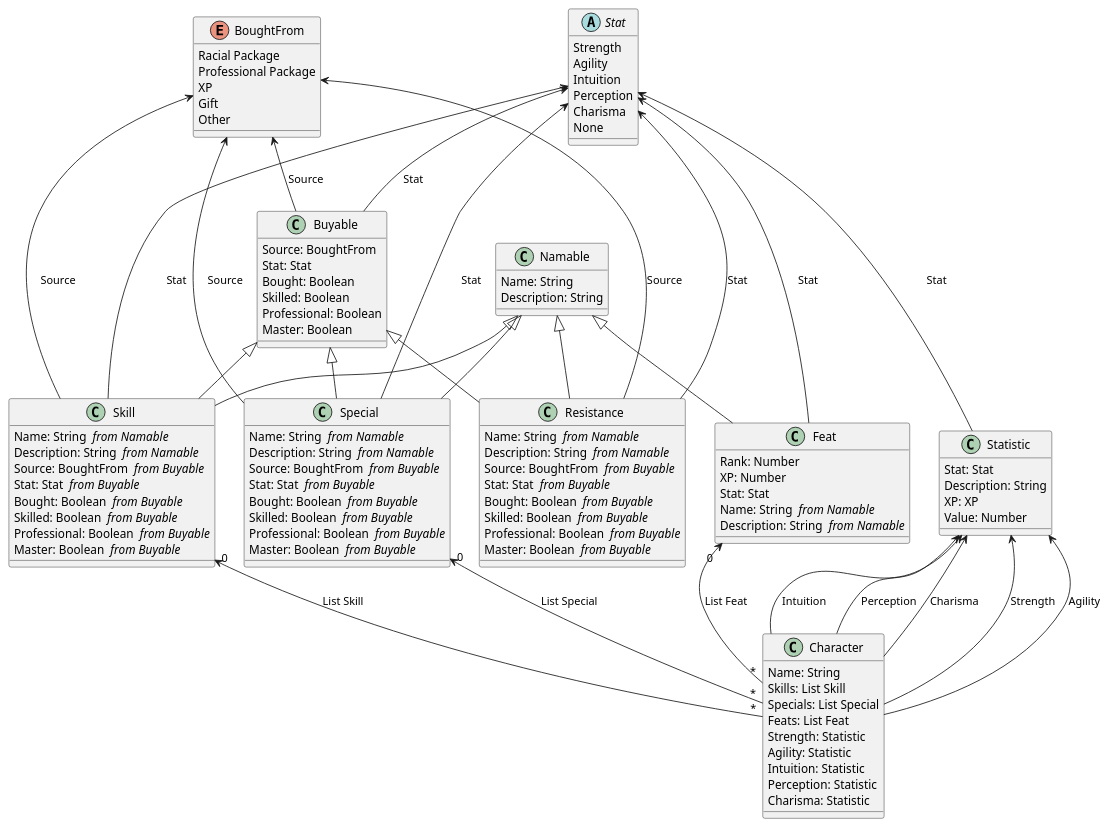
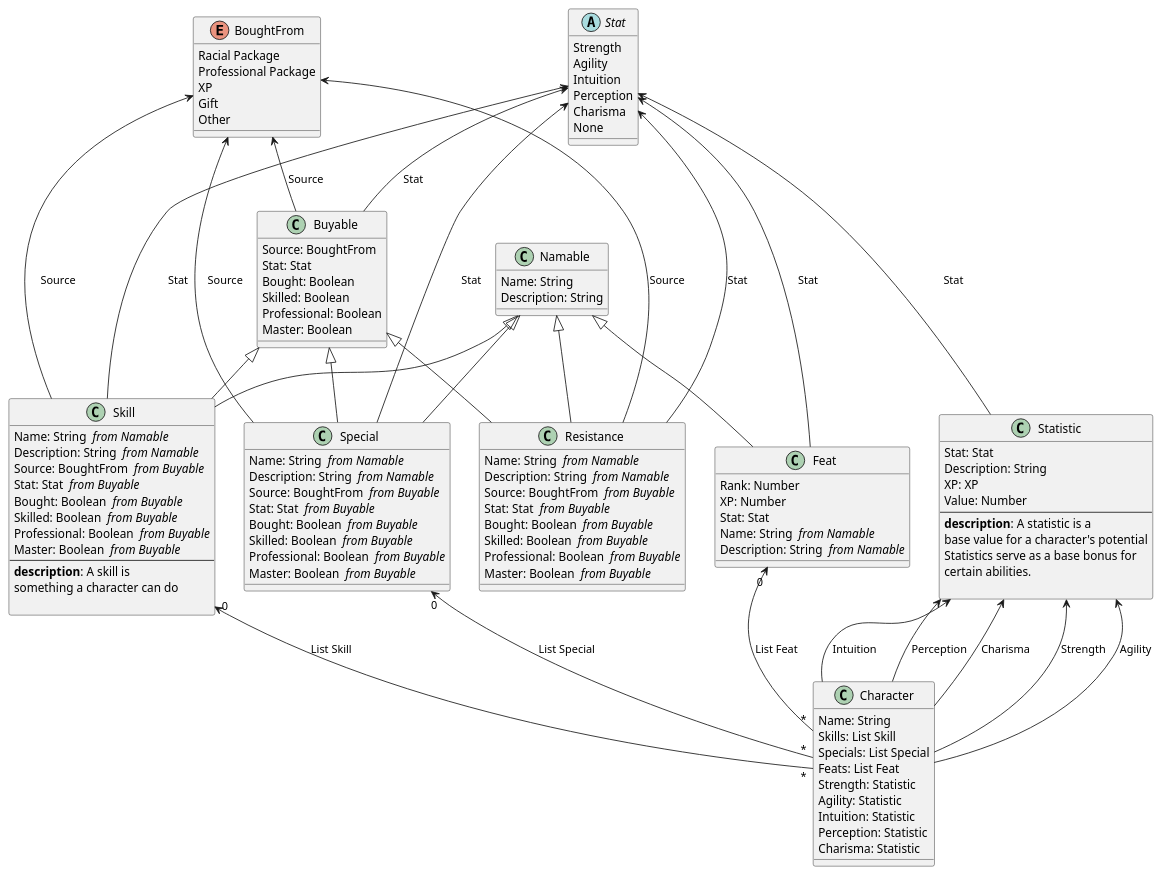
One commit to Baudin999/car-lang changed the diagram in Examples/.out/v0.0.1/Aria/Aria.puml. Above: the diagram before and after it, drawn with PlantUML. The commit also changed 30 other files, not shown here.

```diff
--- a/Examples/.out/v0.0.1/Aria/Aria.puml
+++ b/Examples/.out/v0.0.1/Aria/Aria.puml
@@ -1,106 +1,116 @@
 enum BoughtFrom {
 	Racial Package
 	Professional Package
 	XP
 	Gift
 	Other
 }
 abstract "Stat" as Stat {
 	Strength 
 	Agility 
 	Intuition 
 	Perception 
 	Charisma 
 	None 
 }
 class "Namable" as Namable  {
 	Name: String 
 	Description: String 
 }
 class "Buyable" as Buyable  {
 	Source: BoughtFrom 
 	Stat: Stat 
 	Bought: Boolean 
 	Skilled: Boolean 
 	Professional: Boolean 
 	Master: Boolean 
 }
 BoughtFrom <-- Buyable : Source
 Stat <-- Buyable : Stat
 class "Skill " as Skill  {
 	Name: String  <i>from Namable</i>
 	Description: String  <i>from Namable</i>
 	Source: BoughtFrom  <i>from Buyable</i>
 	Stat: Stat  <i>from Buyable</i>
 	Bought: Boolean  <i>from Buyable</i>
 	Skilled: Boolean  <i>from Buyable</i>
 	Professional: Boolean  <i>from Buyable</i>
 	Master: Boolean  <i>from Buyable</i>
+--
+  <b>description</b>: A skill is
+ something a character can do
+    
 }
 BoughtFrom <-- Skill : Source
 Stat <-- Skill : Stat
 Namable <|-- Skill
 Buyable <|-- Skill
 class "Resistance " as Resistance  {
 	Name: String  <i>from Namable</i>
 	Description: String  <i>from Namable</i>
 	Source: BoughtFrom  <i>from Buyable</i>
 	Stat: Stat  <i>from Buyable</i>
 	Bought: Boolean  <i>from Buyable</i>
 	Skilled: Boolean  <i>from Buyable</i>
 	Professional: Boolean  <i>from Buyable</i>
 	Master: Boolean  <i>from Buyable</i>
 }
 BoughtFrom <-- Resistance : Source
 Stat <-- Resistance : Stat
 Namable <|-- Resistance
 Buyable <|-- Resistance
 class "Special " as Special  {
 	Name: String  <i>from Namable</i>
 	Description: String  <i>from Namable</i>
 	Source: BoughtFrom  <i>from Buyable</i>
 	Stat: Stat  <i>from Buyable</i>
 	Bought: Boolean  <i>from Buyable</i>
 	Skilled: Boolean  <i>from Buyable</i>
 	Professional: Boolean  <i>from Buyable</i>
 	Master: Boolean  <i>from Buyable</i>
 }
 BoughtFrom <-- Special : Source
 Stat <-- Special : Stat
 Namable <|-- Special
 Buyable <|-- Special
 class "Feat " as Feat  {
 	Rank: Number 
 	XP: Number 
 	Stat: Stat 
 	Name: String  <i>from Namable</i>
 	Description: String  <i>from Namable</i>
 }
 Stat <-- Feat : Stat
 Namable <|-- Feat
 class "Statistic" as Statistic  {
 	Stat: Stat 
 	Description: String 
 	XP: XP 
 	Value: Number 
+--
+  <b>description</b>: A statistic is a
+ base value for a character's potential
+ Statistics serve as a base bonus for
+ certain abilities.
+    
 }
 Stat <-- Statistic : Stat
 class "Character" as Character  {
 	Name: String 
 	Skills: List Skill
 	Specials: List Special
 	Feats: List Feat
 	Strength: Statistic 
 	Agility: Statistic 
 	Intuition: Statistic 
 	Perception: Statistic 
 	Charisma: Statistic 
 }
 Statistic <-- Character : Strength
 Statistic <-- Character : Agility
 Statistic <-- Character : Intuition
 Statistic <-- Character : Perception
 Statistic <-- Character : Charisma
 Skill "0" <-- "*" Character : List Skill
 Special "0" <-- "*" Character : List Special
 Feat "0" <-- "*" Character : List Feat
```
